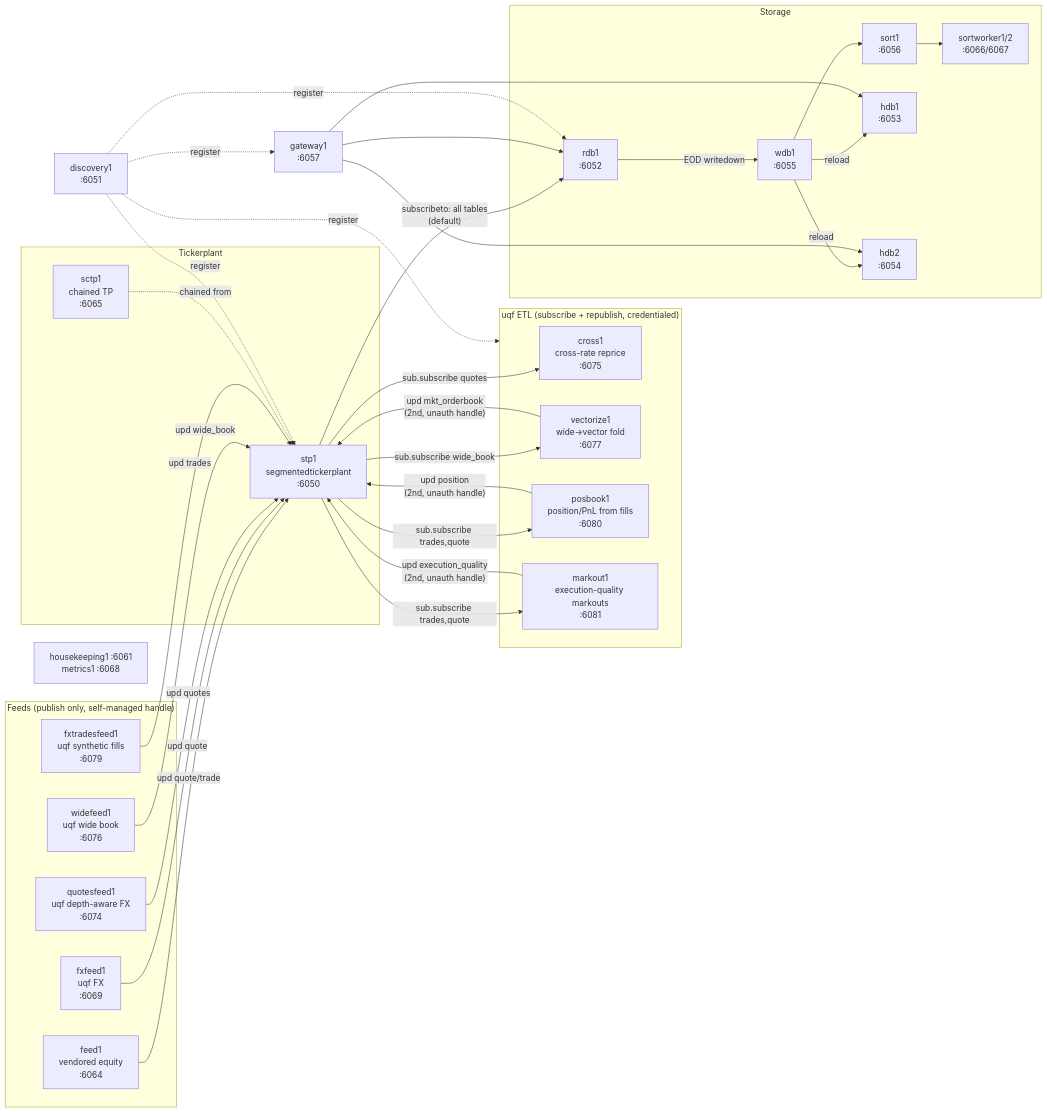
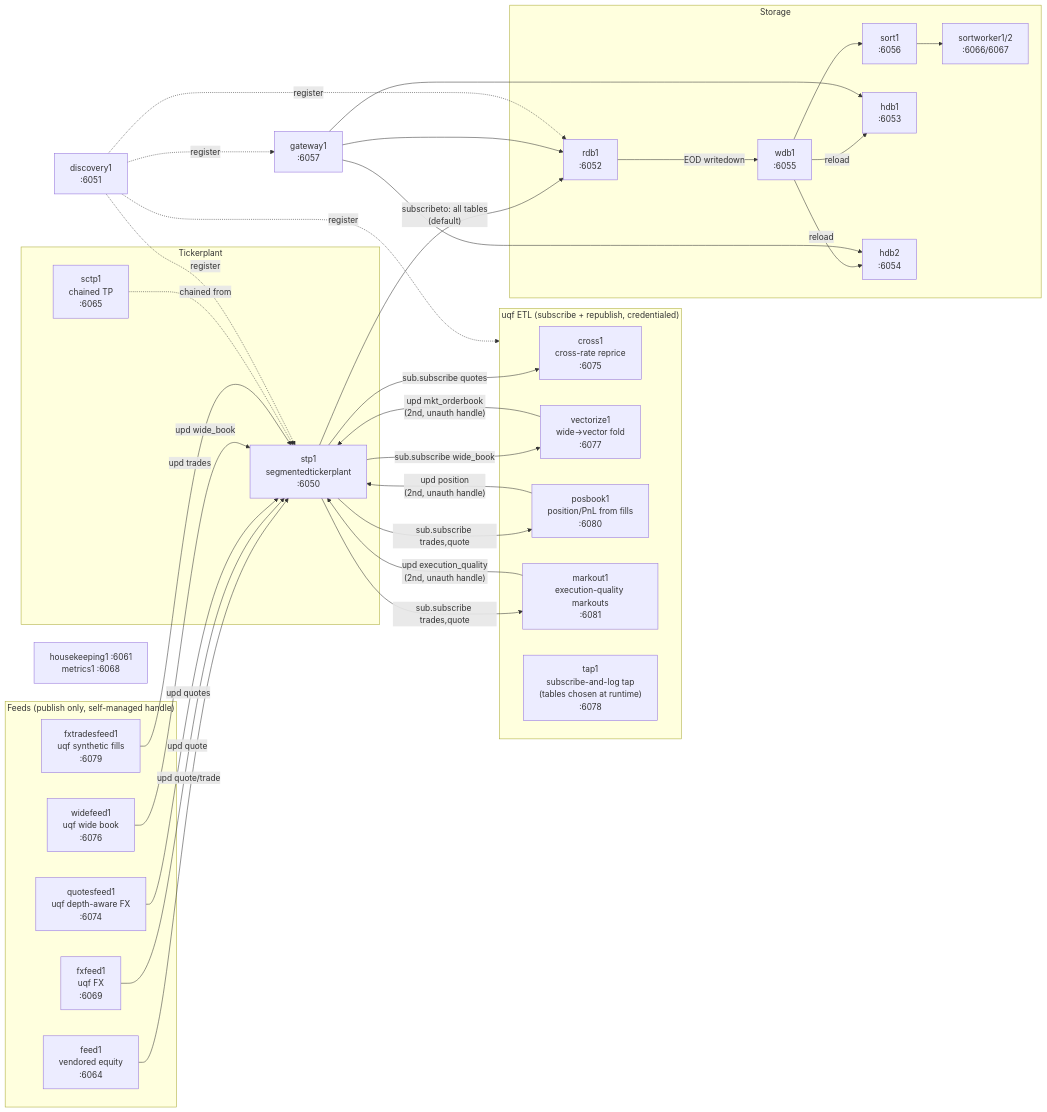
One commit to kwojdalski/uqf changed the first of 3 diagrams in docs/torq/README.md. Above: the diagram before and after it, drawn with Mermaid. The commit also changed other lines of this file and 4 other files, not shown here.

````diff
--- a/docs/torq/README.md
+++ b/docs/torq/README.md
@@ -16,67 +25,68 @@
 ```mermaid
 flowchart LR
     disc["discovery1<br/>:6051"]
 
     subgraph tp["Tickerplant"]
         stp["stp1<br/>segmentedtickerplant<br/>:6050"]
         sctp["sctp1<br/>chained TP<br/>:6065"]
     end
 
     subgraph feeds["Feeds (publish only, self-managed handle)"]
         feed1["feed1<br/>vendored equity<br/>:6064"]
         fxfeed1["fxfeed1<br/>uqf FX<br/>:6069"]
         quotesfeed1["quotesfeed1<br/>uqf depth-aware FX<br/>:6074"]
         widefeed1["widefeed1<br/>uqf wide book<br/>:6076"]
         fxtradesfeed1["fxtradesfeed1<br/>uqf synthetic fills<br/>:6079"]
     end
 
     subgraph etl["uqf ETL (subscribe + republish, credentialed)"]
         cross1["cross1<br/>cross-rate reprice<br/>:6075"]
         vectorize1["vectorize1<br/>wide->vector fold<br/>:6077"]
         posbook1["posbook1<br/>position/PnL from fills<br/>:6080"]
         markout1["markout1<br/>execution-quality markouts<br/>:6081"]
+        tap1["tap1<br/>subscribe-and-log tap<br/>(tables chosen at runtime)<br/>:6078"]
     end
 
     subgraph storage["Storage"]
         rdb1["rdb1<br/>:6052"]
         wdb1["wdb1<br/>:6055"]
         sort1["sort1<br/>:6056"]
         sw["sortworker1/2<br/>:6066/6067"]
         hdb1["hdb1<br/>:6053"]
         hdb2["hdb2<br/>:6054"]
     end
 
     gw["gateway1<br/>:6057"]
     ops["housekeeping1 :6061<br/>metrics1 :6068"]
 
     feed1 -->|"upd quote/trade"| stp
     fxfeed1 -->|"upd quote"| stp
     quotesfeed1 -->|"upd quotes"| stp
     widefeed1 -->|"upd wide_book"| stp
     fxtradesfeed1 -->|"upd trades"| stp
     vectorize1 -->|"upd mkt_orderbook<br/>(2nd, unauth handle)"| stp
     posbook1 -->|"upd position<br/>(2nd, unauth handle)"| stp
     markout1 -->|"upd execution_quality<br/>(2nd, unauth handle)"| stp
 
     stp -->|"subscribeto: all tables<br/>(default)"| rdb1
     stp -->|"sub.subscribe quotes"| cross1
     stp -->|"sub.subscribe wide_book"| vectorize1
     stp -->|"sub.subscribe trades,quote"| posbook1
     stp -->|"sub.subscribe trades,quote"| markout1
     sctp -.->|"chained from"| stp
 
     rdb1 -->|"EOD writedown"| wdb1
     wdb1 --> sort1
     sort1 --> sw
     wdb1 -->|"reload"| hdb1
     wdb1 -->|"reload"| hdb2
 
     gw --> rdb1
     gw --> hdb1
     gw --> hdb2
 
     disc -.->|register| stp
     disc -.->|register| rdb1
     disc -.->|register| gw
     disc -.->|register| etl
 ```
````
